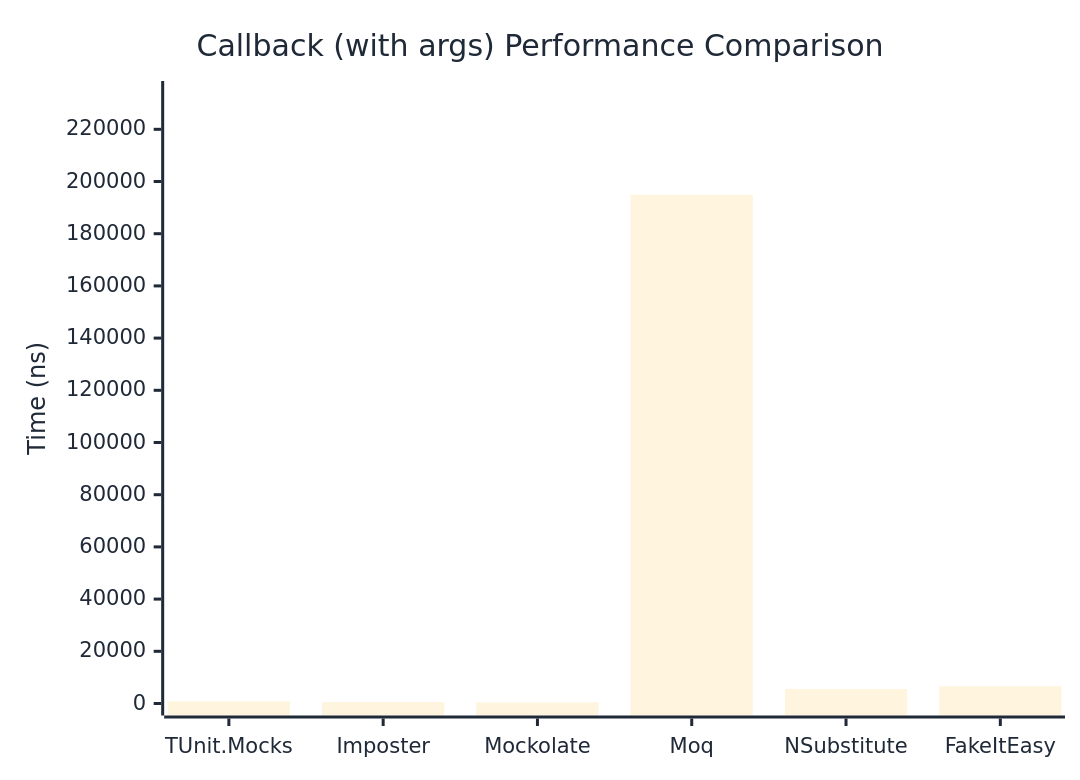
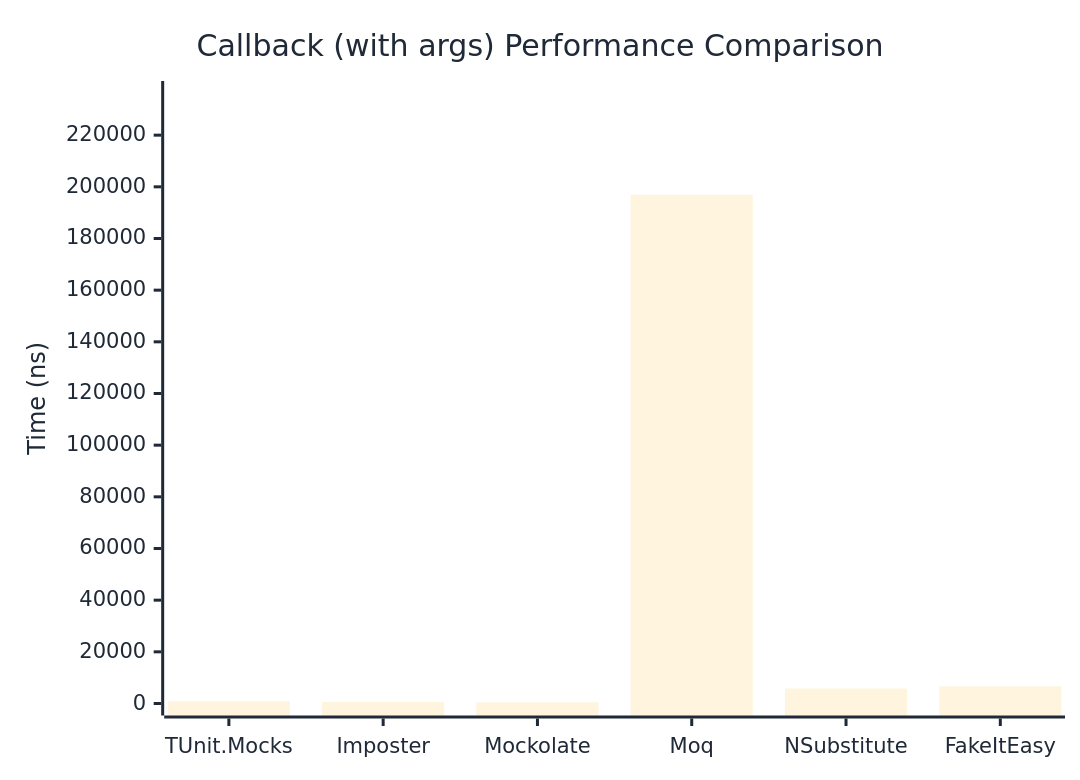
One commit to thomhurst/TUnit changed the second of 2 diagrams in docs/docs/benchmarks/mocks/Callback.md. Above: the diagram before and after it, drawn with Mermaid. The commit also changed other lines of this file and 14 other files, not shown here.

````diff
--- a/docs/docs/benchmarks/mocks/Callback.md
+++ b/docs/docs/benchmarks/mocks/Callback.md
@@ -71,27 +71,27 @@
 ```mermaid
 %%{init: {
   'theme':'base',
   'themeVariables': {
     'primaryColor': '#2563eb',
     'primaryTextColor': '#1f2937',
     'primaryBorderColor': '#1e40af',
     'lineColor': '#6b7280',
     'secondaryColor': '#7c3aed',
     'tertiaryColor': '#dc2626',
     'background': '#ffffff',
     'pie1': '#2563eb',
     'pie2': '#7c3aed',
     'pie3': '#dc2626',
     'pie4': '#f59e0b',
     'pie5': '#10b981',
     'pie6': '#06b6d4',
     'pie7': '#ec4899',
     'pie8': '#6366f1'
   }
 }}%%
 xychart-beta
   title "Callback (with args) Performance Comparison"
   x-axis ["TUnit.Mocks", "Imposter", "Mockolate", "Moq", "NSubstitute", "FakeItEasy"]
-  y-axis "Time (ns)" 0 --> 233912
-  bar [798.3, 535.3, 432.7, 194926, 5577.4, 6622.6]
+  y-axis "Time (ns)" 0 --> 236320
+  bar [875.8, 588.5, 448.1, 196933.2, 5804.1, 6636.4]
 ```
````
